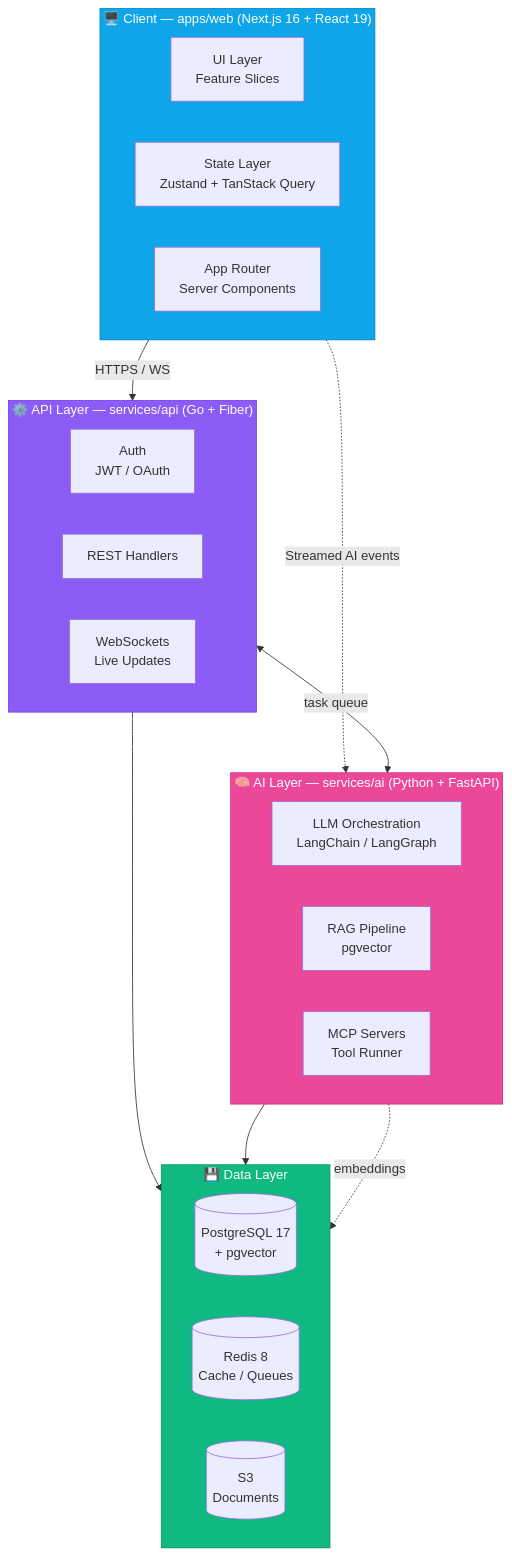
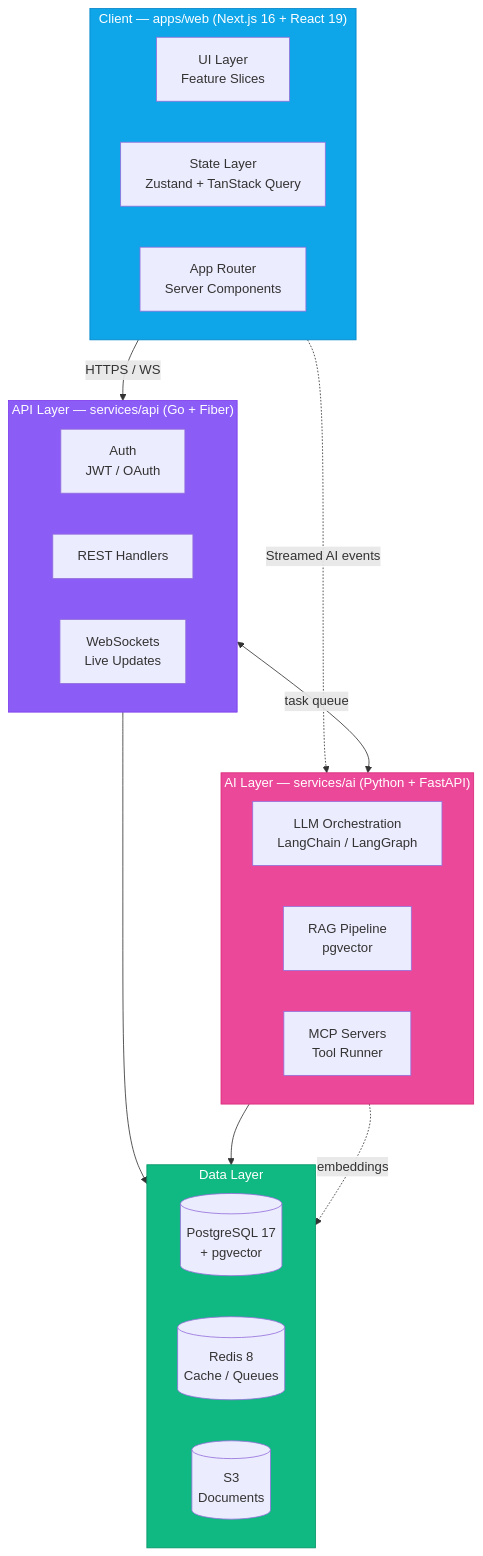
Before and after one commit to priyangshu24/Orion: the first of 4 diagrams in README.md, drawn with Mermaid. The commit also changed other lines of this file and 15 other files, not shown here.

````diff
--- a/README.md
+++ b/README.md
@@ -129,46 +160,46 @@
 ```mermaid
 flowchart TB
-    subgraph Client["🖥️ Client — apps/web (Next.js 16 + React 19)"]
+    subgraph Client["Client — apps/web (Next.js 16 + React 19)"]
         direction LR
         UI[UI Layer<br/>Feature Slices]
         State[State Layer<br/>Zustand + TanStack Query]
         Router[App Router<br/>Server Components]
     end
 
-    subgraph API["⚙️ API Layer — services/api (Go + Fiber)"]
+    subgraph API["API Layer — services/api (Go + Fiber)"]
         direction LR
         Auth[Auth<br/>JWT / OAuth]
         REST[REST Handlers]
         WS[WebSockets<br/>Live Updates]
     end
 
-    subgraph AI["🧠 AI Layer — services/ai (Python + FastAPI)"]
+    subgraph AI["AI Layer — services/ai (Python + FastAPI)"]
         direction LR
         LLM[LLM Orchestration<br/>LangChain / LangGraph]
         RAG[RAG Pipeline<br/>pgvector]
         MCP[MCP Servers<br/>Tool Runner]
     end
 
-    subgraph Data["💾 Data Layer"]
+    subgraph Data["Data Layer"]
         direction LR
         PG[(PostgreSQL 17<br/>+ pgvector)]
         Redis[(Redis 8<br/>Cache / Queues)]
         S3[(S3<br/>Documents)]
     end
 
     Client -->|HTTPS / WS| API
     Client -.->|Streamed AI events| AI
     API --> Data
     API <-->|task queue| AI
     AI --> Data
     AI -.->|embeddings| PG
 
     classDef client fill:#0ea5e9,stroke:#0284c7,color:#fff
     classDef api fill:#8b5cf6,stroke:#7c3aed,color:#fff
     classDef ai fill:#ec4899,stroke:#db2777,color:#fff
     classDef data fill:#10b981,stroke:#059669,color:#fff
     class Client client
     class API api
     class AI ai
     class Data data
 ```
````
